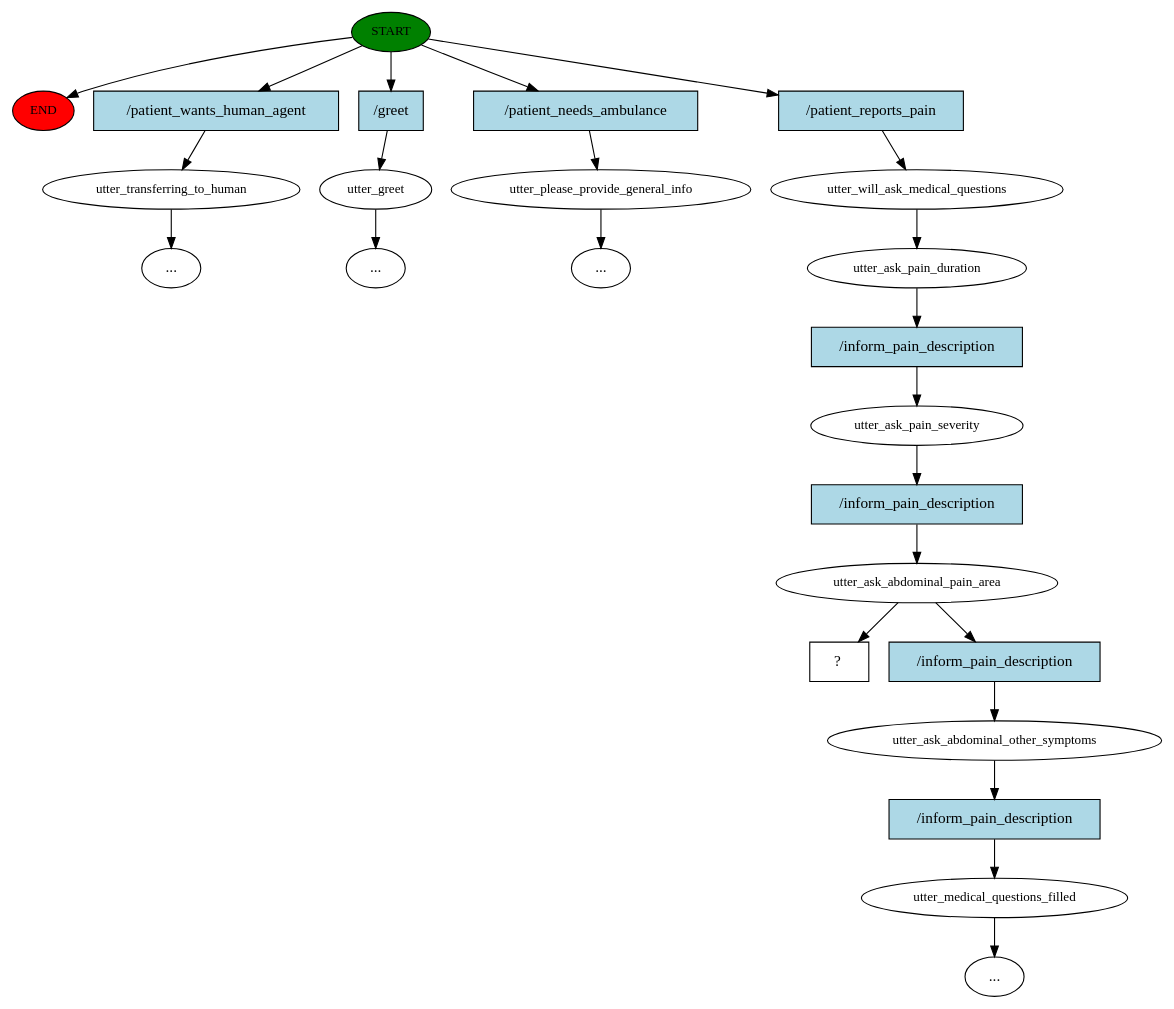
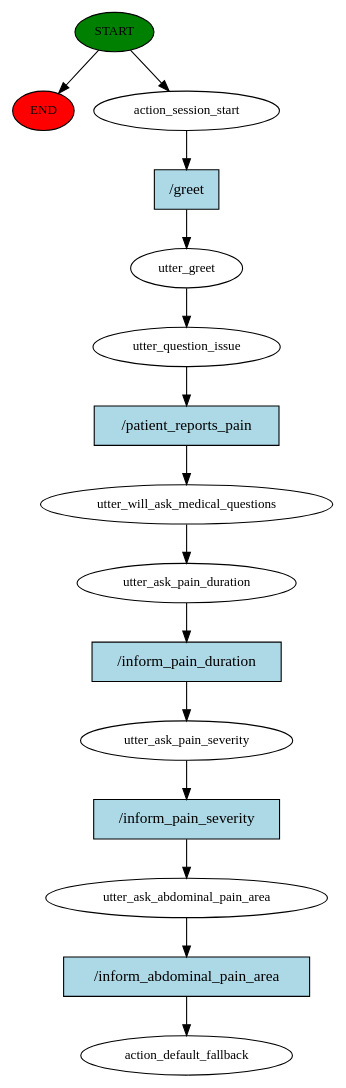
The diagram in story_graph.dot (halixness/HMD-Dispatcher), drawn with Graphviz before and after one commit. The commit also changed 7 other files, not shown here.

Commit message:
split intents. fixed: flag slot to check if pain was reported; improved intent detection

```diff
--- a/story_graph.dot
+++ b/story_graph.dot
@@ -1,49 +1,31 @@
 digraph  {
 0 [class="start active", fillcolor=green, fontsize=12, label=START, style=filled];
 "-1" [class=end, fillcolor=red, fontsize=12, label=END, style=filled];
-1 [class="", fontsize=12, label=utter_transferring_to_human];
-"-3" [class=ellipsis, label="..."];
-2 [class="", fontsize=12, label=utter_greet];
-"-5" [class=ellipsis, label="..."];
-4 [class="", fontsize=12, label=utter_please_provide_general_info];
-"-6" [class=ellipsis, label="..."];
-5 [class=active, fontsize=12, label=utter_will_ask_medical_questions];
-6 [class=active, fontsize=12, label=utter_ask_pain_duration];
-7 [class=active, fontsize=12, label=utter_ask_pain_severity];
-8 [class=active, fontsize=12, label=utter_ask_abdominal_pain_area];
-9 [class="", fontsize=12, label=utter_ask_abdominal_other_symptoms];
-10 [class="", fontsize=12, label=utter_medical_questions_filled];
-"-8" [class=ellipsis, label="..."];
-21 [class="intent dashed active", label="  ?  ", shape=rect];
-22 [class=intent, fillcolor=lightblue, label="/patient_wants_human_agent", shape=rect, style=filled];
-23 [class=intent, fillcolor=lightblue, label="/greet", shape=rect, style=filled];
-24 [class=intent, fillcolor=lightblue, label="/patient_needs_ambulance", shape=rect, style=filled];
-25 [class="intent active", fillcolor=lightblue, label="/patient_reports_pain", shape=rect, style=filled];
-26 [class="intent active", fillcolor=lightblue, label="/inform_pain_description", shape=rect, style=filled];
-27 [class="intent active", fillcolor=lightblue, label="/inform_pain_description", shape=rect, style=filled];
-28 [class=intent, fillcolor=lightblue, label="/inform_pain_description", shape=rect, style=filled];
-29 [class=intent, fillcolor=lightblue, label="/inform_pain_description", shape=rect, style=filled];
+1 [class=active, fontsize=12, label=action_session_start];
+2 [class=active, fontsize=12, label=utter_greet];
+3 [class=active, fontsize=12, label=utter_question_issue];
+4 [class=active, fontsize=12, label=utter_will_ask_medical_questions];
+5 [class=active, fontsize=12, label=utter_ask_pain_duration];
+6 [class=active, fontsize=12, label=utter_ask_pain_severity];
+7 [class=active, fontsize=12, label=utter_ask_abdominal_pain_area];
+8 [class="dashed active", fontsize=12, label=action_default_fallback];
+9 [class="intent active", fillcolor=lightblue, label="/greet", shape=rect, style=filled];
+10 [class="intent active", fillcolor=lightblue, label="/patient_reports_pain", shape=rect, style=filled];
+11 [class="intent active", fillcolor=lightblue, label="/inform_pain_duration", shape=rect, style=filled];
+12 [class="intent active", fillcolor=lightblue, label="/inform_pain_severity", shape=rect, style=filled];
+13 [class="intent active", fillcolor=lightblue, label="/inform_abdominal_pain_area", shape=rect, style=filled];
 0 -> "-1"  [class="", key=NONE, label=""];
-0 -> 22  [class="", key=0];
-0 -> 23  [class="", key=0];
-0 -> 24  [class="", key=0];
-0 -> 25  [class=active, key=0];
-1 -> "-3"  [class="", key=NONE, label=""];
-2 -> "-5"  [class="", key=NONE, label=""];
-4 -> "-6"  [class="", key=NONE, label=""];
-5 -> 6  [class=active, key=NONE, label=""];
-6 -> 26  [class=active, key=0];
-7 -> 27  [class=active, key=0];
-8 -> 21  [class=active, key=NONE, label=""];
-8 -> 28  [class="", key=0];
-9 -> 29  [class="", key=0];
-10 -> "-8"  [class="", key=NONE, label=""];
-22 -> 1  [class="", key=0];
-23 -> 2  [class="", key=0];
-24 -> 4  [class="", key=0];
-25 -> 5  [class=active, key=0];
-26 -> 7  [class=active, key=0];
-27 -> 8  [class=active, key=0];
-28 -> 9  [class="", key=0];
-29 -> 10  [class="", key=0];
+0 -> 1  [class=active, key=NONE, label=""];
+1 -> 9  [class=active, key=0];
+2 -> 3  [class=active, key=NONE, label=""];
+3 -> 10  [class=active, key=0];
+4 -> 5  [class=active, key=NONE, label=""];
+5 -> 11  [class=active, key=0];
+6 -> 12  [class=active, key=0];
+7 -> 13  [class=active, key=0];
+9 -> 2  [class=active, key=0];
+10 -> 4  [class=active, key=0];
+11 -> 6  [class=active, key=0];
+12 -> 7  [class=active, key=0];
+13 -> 8  [class=active, key=0];
 }
```
